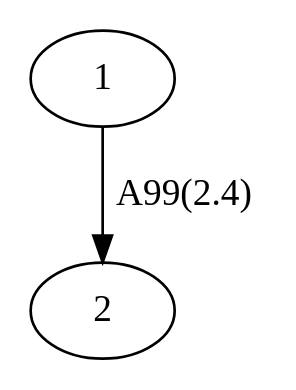
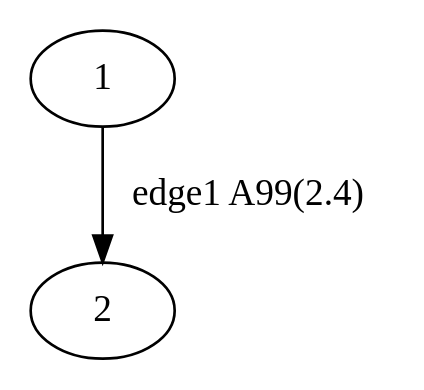
Before and after one commit to marbl/MetagenomeScope: the diagram in README.md, drawn with Graphviz. The commit also changed other lines of this file and 1 other file, not shown here.

Commit message:
Update README example DOT file & test explicitly
also adjust FAQ 1's header

````diff
--- a/README.md
+++ b/README.md
@@ -165,5 +165,5 @@
 ```dot
 digraph g {
-  1 -> 2 [label="A99(2.4)"];
+  1 -> 2 [label="edge1 A99(2.4)"];
 }
 ```
````
